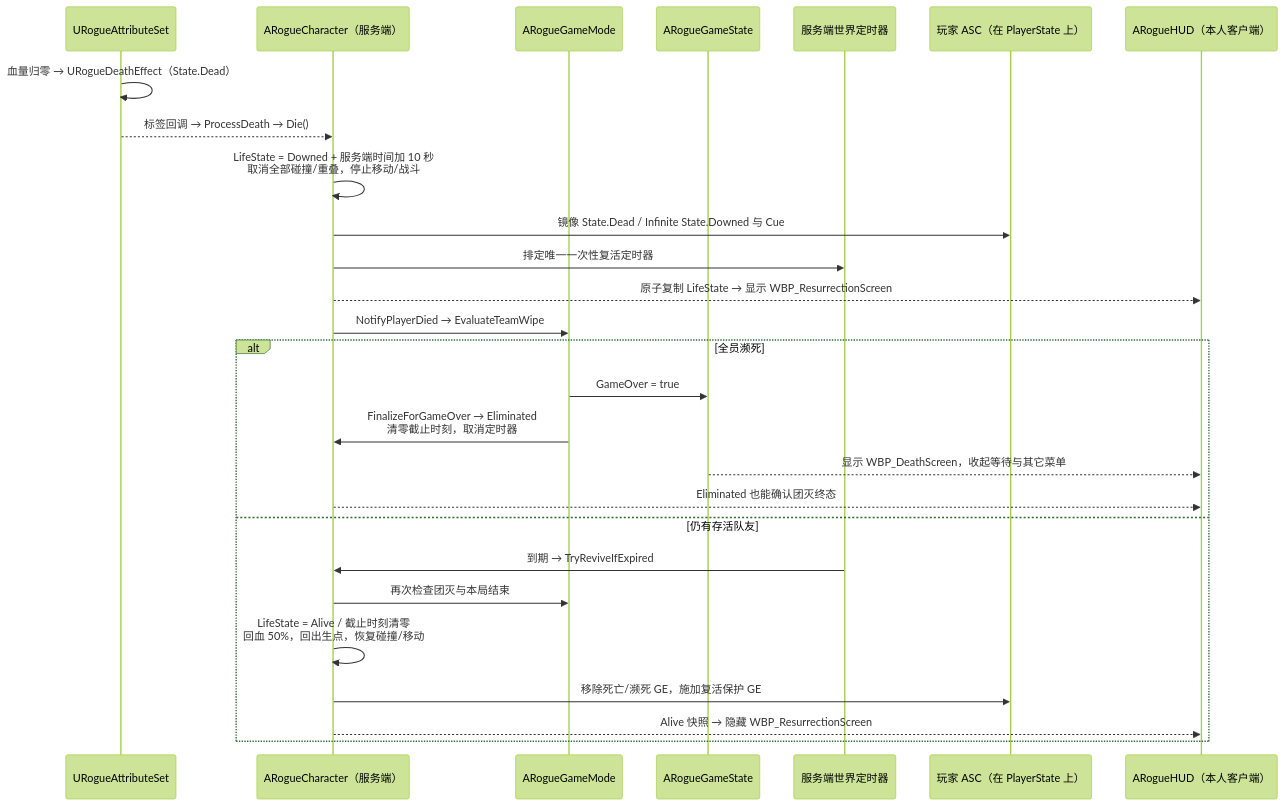
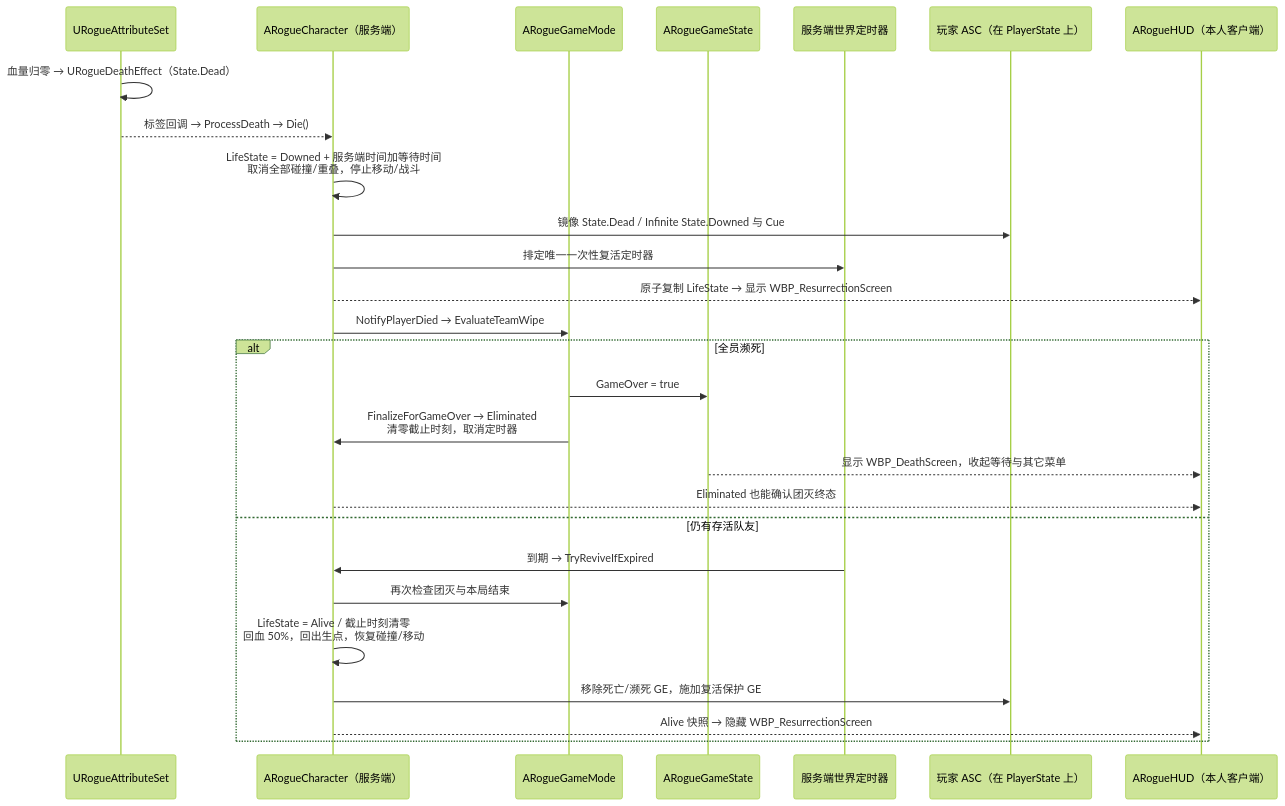
Before and after one commit to Elysiasloverly/AI-: the fifth of 6 diagrams in Docs/Project-Structure.md, drawn with Mermaid (forest theme). The commit also changed other lines of this file and 11 other files, not shown here.

````diff
--- a/Docs/Project-Structure.md
+++ b/Docs/Project-Structure.md
@@ -261,30 +261,30 @@
 ```mermaid
 sequenceDiagram
     participant AS as URogueAttributeSet
     participant C as ARogueCharacter（服务端）
     participant GM as ARogueGameMode
     participant GS as ARogueGameState
     participant Timer as 服务端世界定时器
     participant ASC as 玩家 ASC（在 PlayerState 上）
     participant HUD as ARogueHUD（本人客户端）
 
     AS->>AS: 血量归零 → URogueDeathEffect（State.Dead）
     AS-->>C: 标签回调 → ProcessDeath → Die()
-    C->>C: LifeState = Downed + 服务端时间加 10 秒<br/>取消全部碰撞/重叠，停止移动/战斗
+    C->>C: LifeState = Downed + 服务端时间加等待时间<br/>取消全部碰撞/重叠，停止移动/战斗
     C->>ASC: 镜像 State.Dead / Infinite State.Downed 与 Cue
     C->>Timer: 排定唯一一次性复活定时器
     C-->>HUD: 原子复制 LifeState → 显示 WBP_ResurrectionScreen
     C->>GM: NotifyPlayerDied → EvaluateTeamWipe
     alt 全员濒死
         GM->>GS: GameOver = true
         GM->>C: FinalizeForGameOver → Eliminated<br/>清零截止时刻，取消定时器
         GS-->>HUD: 显示 WBP_DeathScreen，收起等待与其它菜单
         C-->>HUD: Eliminated 也能确认团灭终态
     else 仍有存活队友
         Timer->>C: 到期 → TryReviveIfExpired
         C->>GM: 再次检查团灭与本局结束
         C->>C: LifeState = Alive / 截止时刻清零<br/>回血 50%，回出生点，恢复碰撞/移动
         C->>ASC: 移除死亡/濒死 GE，施加复活保护 GE
         C-->>HUD: Alive 快照 → 隐藏 WBP_ResurrectionScreen
     end
 ```
````
